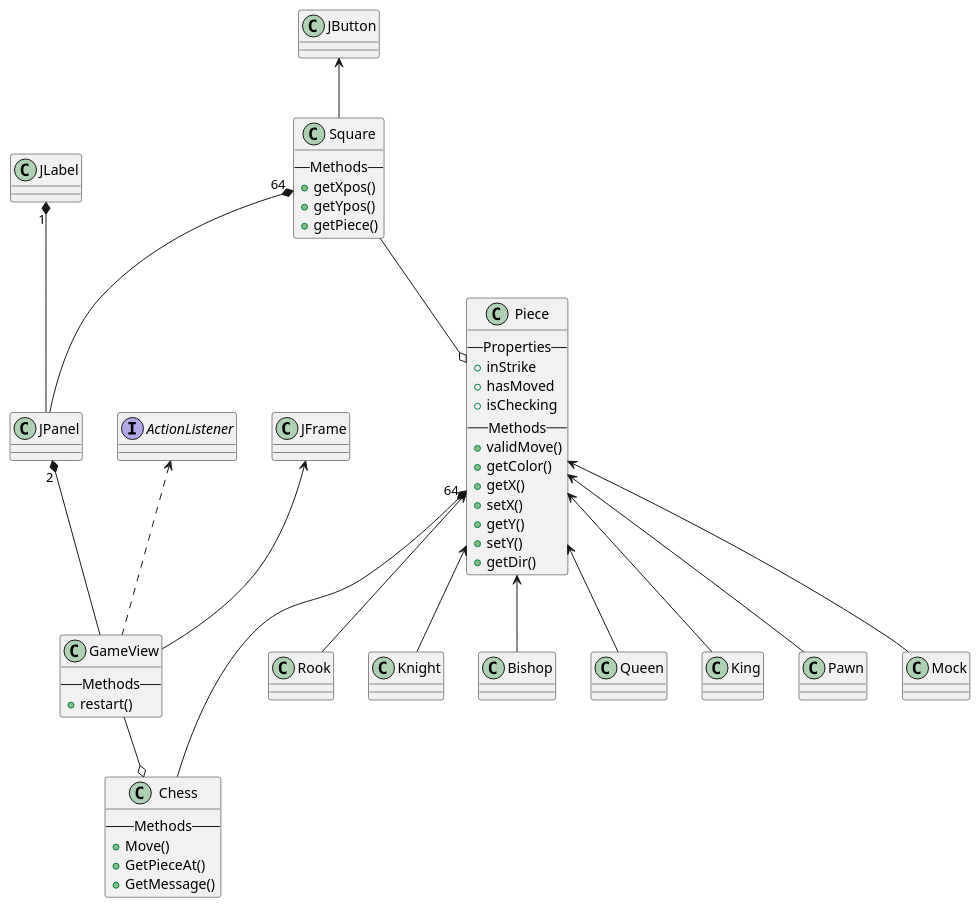
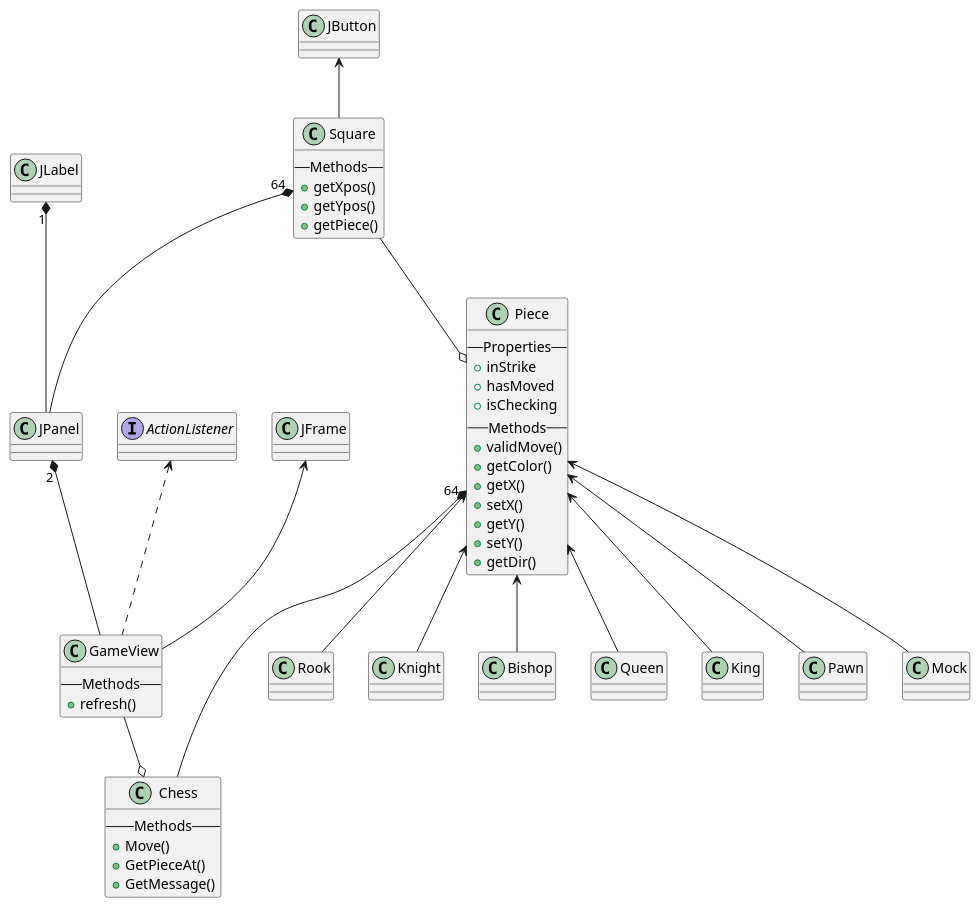
The diagram in projekt.wsd (a-svanborg/chess-java), drawn with PlantUML before and after one commit. The commit also changed 8 other files, not shown here.

```diff
--- a/projekt.wsd
+++ b/projekt.wsd
@@ -1,76 +1,76 @@
 @startuml
 class GameView{
     --Methods--
-    + restart()
+    + refresh()
 }
 
 class JPanel
 
 class JLabel
 
 class Chess{
     --Methods--
     + Move()
     + GetPieceAt()
     + GetMessage()
 }
 
 class Square{
     --Methods--
     + getXpos()
     + getYpos()
     + getPiece()
 }
 
 class Piece{
     --Properties--
     + inStrike
     + hasMoved
     + isChecking
     --Methods--
     + validMove()
     + getColor()
     + getX()
     + setX()
     + getY()
     + setY()
     + getDir()
 }
 
 class Rook
 class Knight
 class Bishop
 class Queen
 class King
 class Pawn
 class Mock
 
 interface ActionListener
 
 
 
 JFrame <-- GameView
 GameView --o Chess
 
 
 JPanel "2" *-- GameView
 Square "64" *-- JPanel
 JLabel "1" *-- JPanel
 
 
 Piece "64" *-- Chess
 
 JButton <-- Square
 ActionListener <.. GameView
 
 Square --o Piece
 
 Piece <-- Rook
 Piece <-- Knight
 Piece <-- Bishop
 Piece <-- Queen
 Piece <-- King
 Piece <-- Pawn
 Piece <-- Mock
 
 @enduml
```
